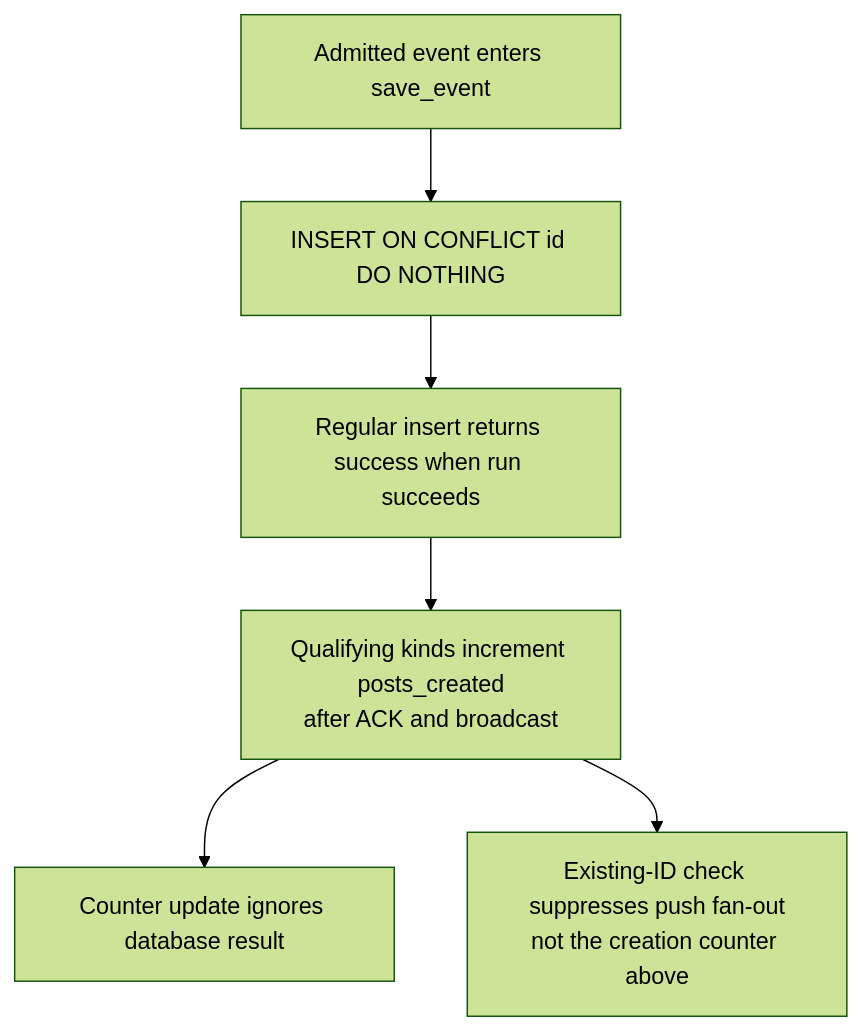
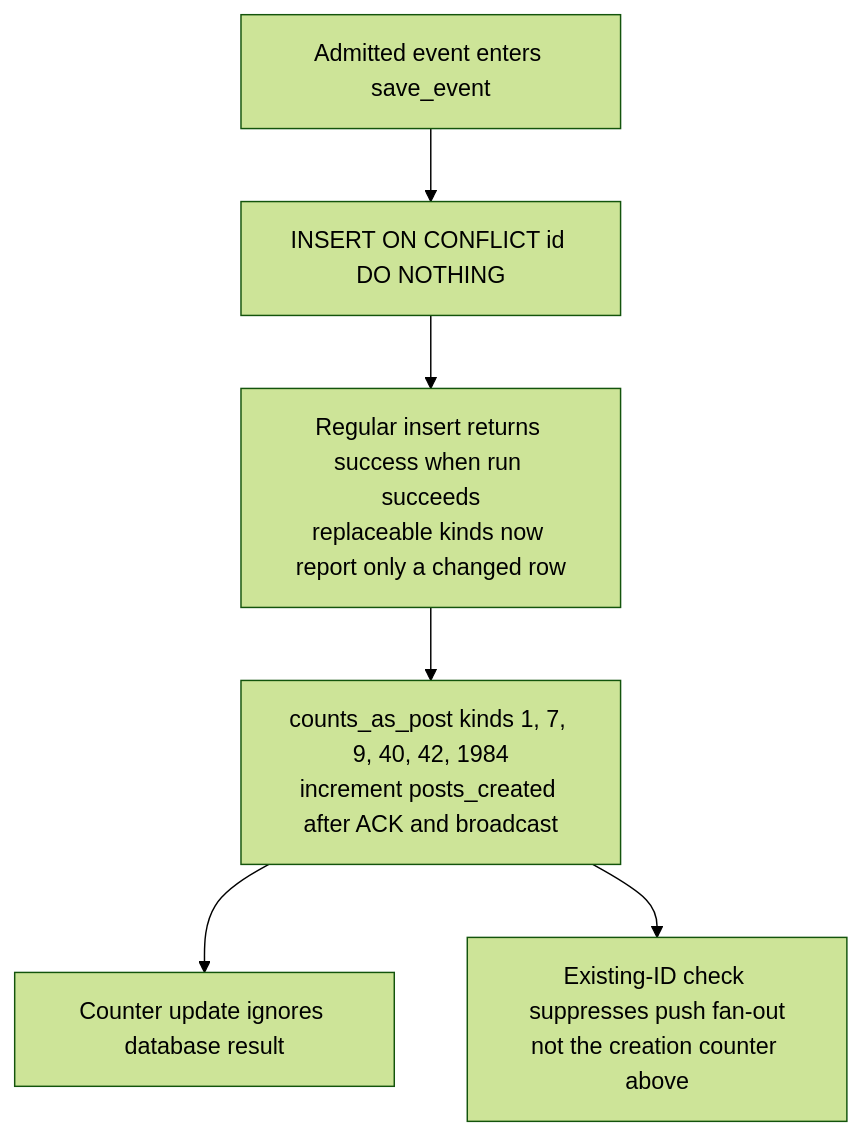
Before and after one commit to DreamLab-AI/VisionFlow: the sixth of 6 diagrams in docs/diagrams/nostr-rust-forum/17-relay-read-cache-and-activity-boundaries.md, drawn with Mermaid (forest theme). The commit also changed other lines of this file, not shown here.

First line of the commit message:
docs(diagrams): re-verify NF-17 against nostr-rust-forum af4f0d5

````diff
--- a/docs/diagrams/nostr-rust-forum/17-relay-read-cache-and-activity-boundaries.md
+++ b/docs/diagrams/nostr-rust-forum/17-relay-read-cache-and-activity-boundaries.md
@@ -142,17 +142,17 @@
 ```mermaid
 flowchart TB
-    %% Source: ../nostr-rust-forum/crates/nostr-bbs-relay-worker/src/relay_do/nip_handlers.rs:1552
+    %% Source: ../nostr-rust-forum/crates/nostr-bbs-relay-worker/src/relay_do/nip_handlers.rs:1618
     A["Admitted event enters save_event"]
-    %% Source: ../nostr-rust-forum/crates/nostr-bbs-relay-worker/src/relay_do/storage.rs:82
+    %% Source: ../nostr-rust-forum/crates/nostr-bbs-relay-worker/src/relay_do/storage.rs:127
     B["INSERT ON CONFLICT id DO NOTHING"]
-    %% Source: ../nostr-rust-forum/crates/nostr-bbs-relay-worker/src/relay_do/storage.rs:142
-    C["Regular insert returns success when run succeeds"]
-    %% Source: ../nostr-rust-forum/crates/nostr-bbs-relay-worker/src/relay_do/nip_handlers.rs:1558
-    D["Qualifying kinds increment posts_created<br/>after ACK and broadcast"]
+    %% Source: ../nostr-rust-forum/crates/nostr-bbs-relay-worker/src/relay_do/storage.rs:215
+    C["Regular insert returns success when run succeeds<br/>replaceable kinds now report only a changed row"]
+    %% Source: ../nostr-rust-forum/crates/nostr-bbs-relay-worker/src/relay_do/nip_handlers.rs:1624
+    D["counts_as_post kinds 1, 7, 9, 40, 42, 1984<br/>increment posts_created after ACK and broadcast"]
     %% Source: ../nostr-rust-forum/crates/nostr-bbs-relay-worker/src/trust.rs:432
     E["Counter update ignores database result"]
-    %% Source: ../nostr-rust-forum/crates/nostr-bbs-relay-worker/src/relay_do/nip_handlers.rs:1649
+    %% Source: ../nostr-rust-forum/crates/nostr-bbs-relay-worker/src/relay_do/nip_handlers.rs:1715
     F["Existing-ID check suppresses push fan-out<br/>not the creation counter above"]
     A --> B --> C --> D --> E
     D --> F
 ```
````
